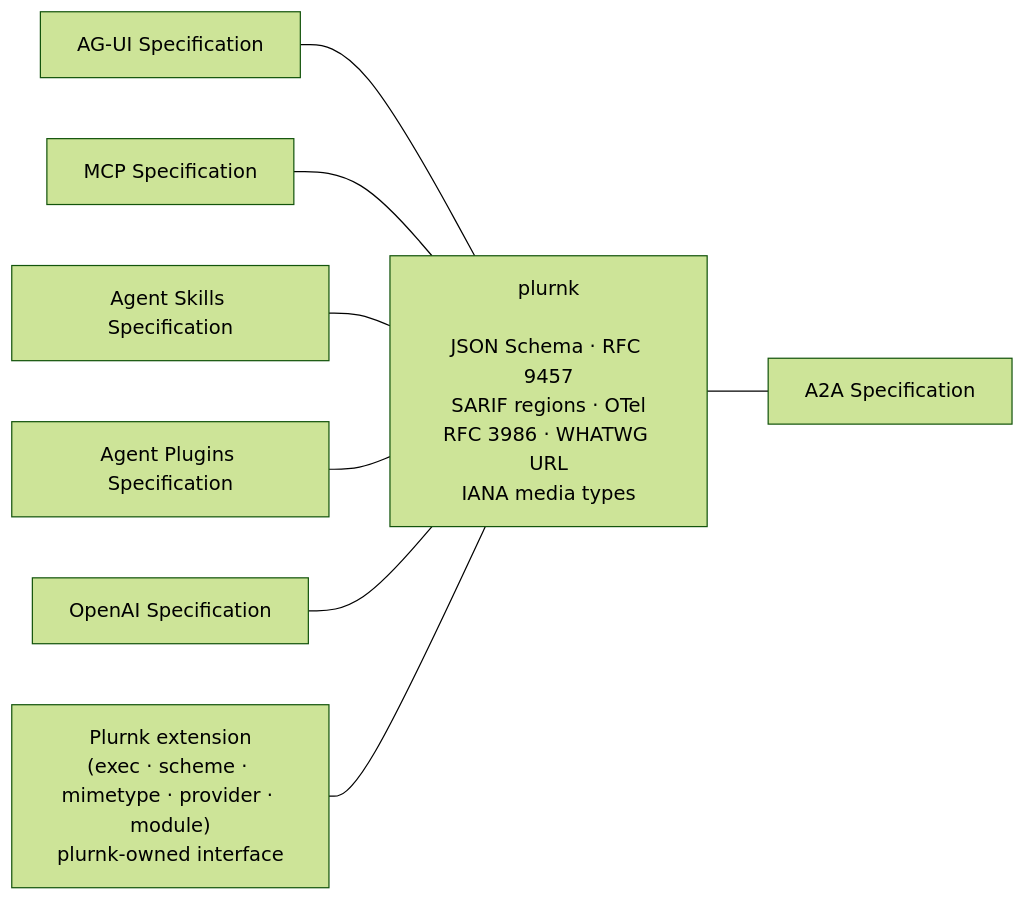
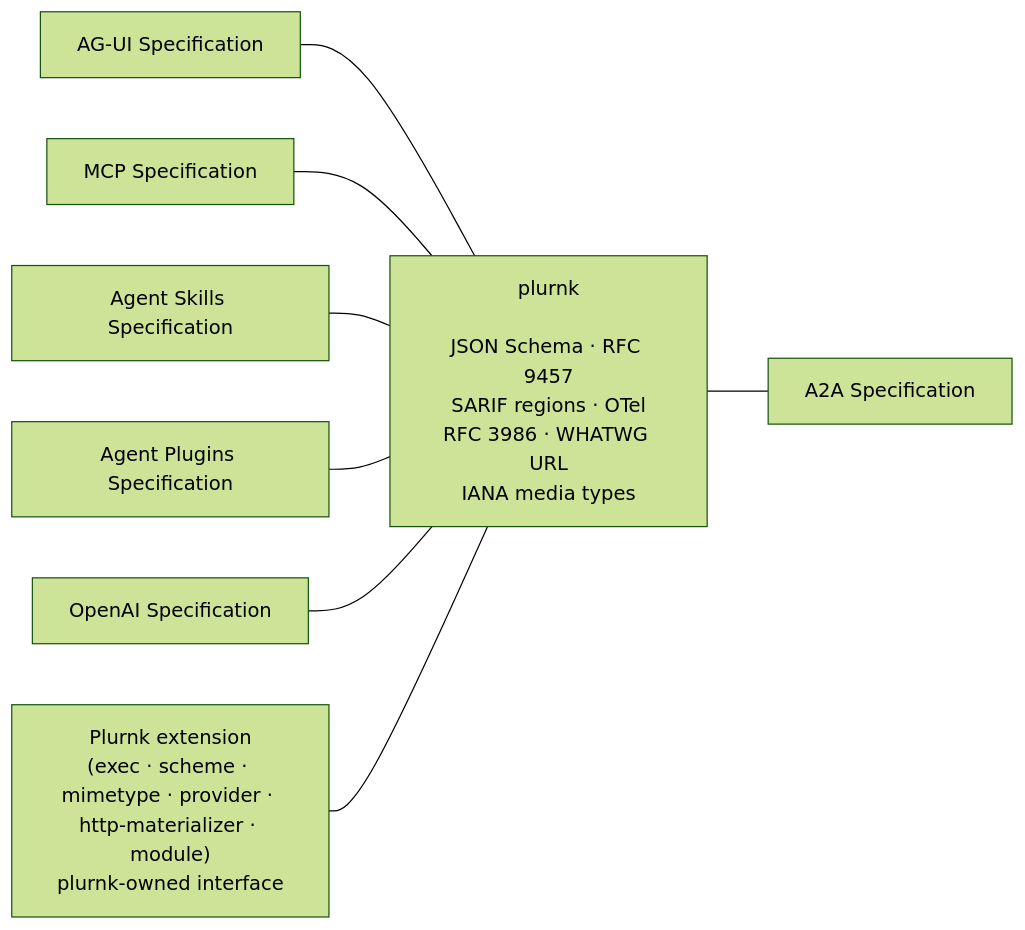
Before and after one commit to plurnk/plurnk-service: the first of 5 diagrams in ARCHITECTURE.md, drawn with Mermaid (forest theme). The commit also changed other lines of this file and 19 other files, not shown here.

````diff
--- a/ARCHITECTURE.md
+++ b/ARCHITECTURE.md
@@ -14,11 +14,11 @@
 ```mermaid
 flowchart LR
     AGUI["AG-UI Specification"] --- PLURNK["plurnk<br/><br/>JSON Schema · RFC 9457<br/>SARIF regions · OTel<br/>RFC 3986 · WHATWG URL<br/>IANA media types"]
     MCP["MCP Specification"] --- PLURNK
     SKILLS["Agent Skills Specification"] --- PLURNK
     PLUGINS["Agent Plugins Specification"] --- PLURNK
     OPENAI["OpenAI Specification"] --- PLURNK
-    EXTENSION["Plurnk extension<br/>(exec · scheme · mimetype · provider · module)<br/>plurnk-owned interface"] --- PLURNK
+    EXTENSION["Plurnk extension<br/>(exec · scheme · mimetype · provider · http-materializer · module)<br/>plurnk-owned interface"] --- PLURNK
 
     PLURNK --- A2A["A2A Specification"]
 ```
````
